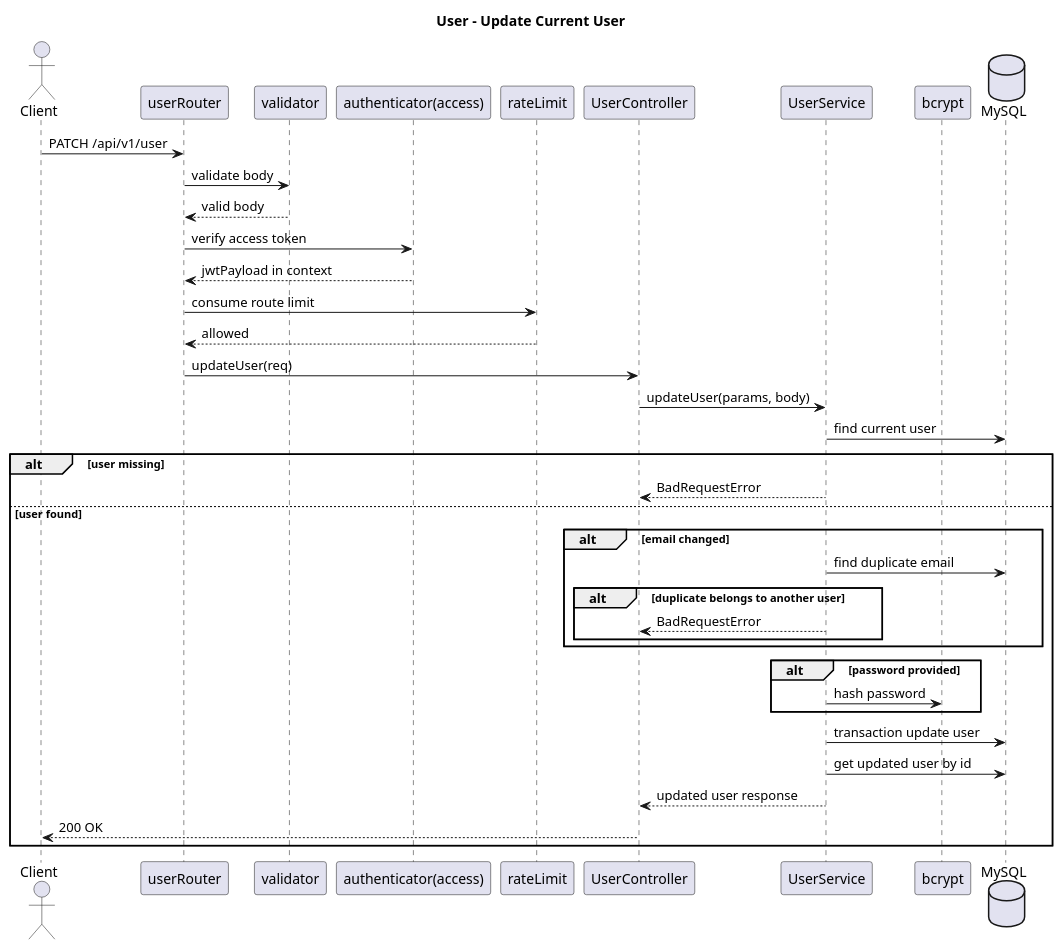
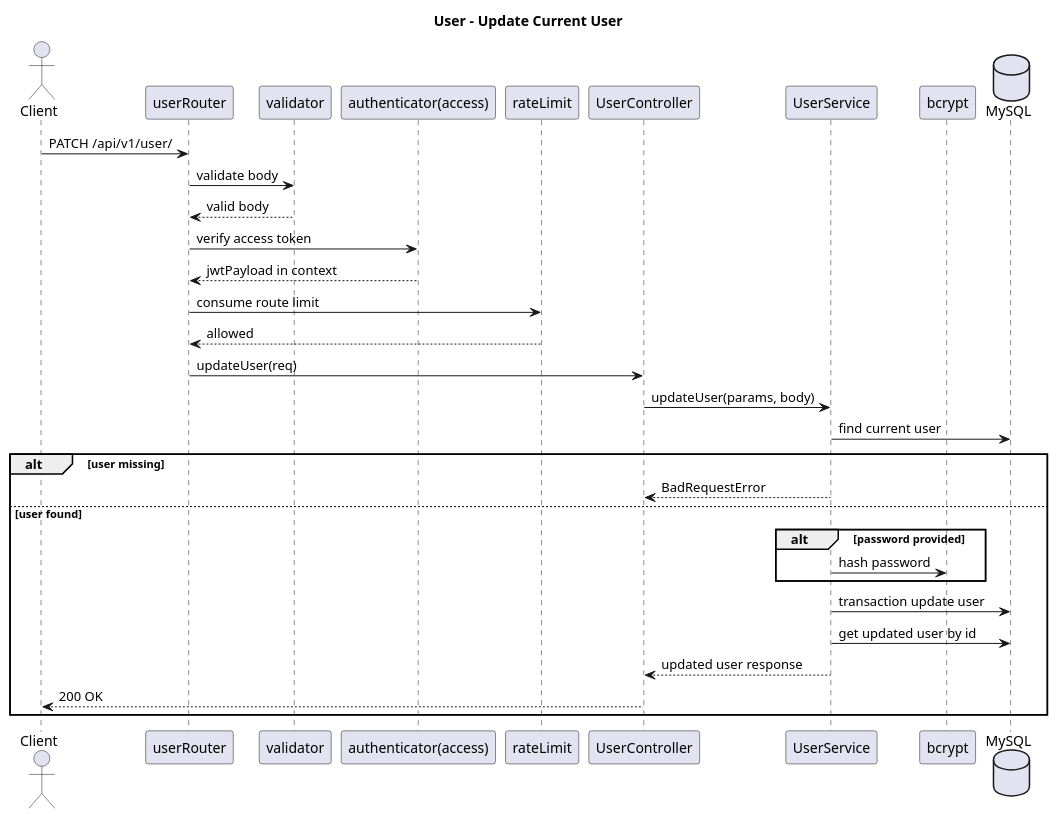
Before and after one commit to sy-nt/CNPMM_BE: the eighth of 9 diagrams in docs/202605061020-auth-user-use-cases.md, drawn with PlantUML. The commit also changed other lines of this file and 9 other files, not shown here.

````diff
--- a/docs/202605061020-auth-user-use-cases.md
+++ b/docs/202605061020-auth-user-use-cases.md
@@ -343,44 +358,38 @@
 ```plantuml
 @startuml
 title User - Update Current User
 
 actor Client
 participant "userRouter" as Router
 participant "validator" as Validator
 participant "authenticator(access)" as Authenticator
 participant "rateLimit" as RateLimit
 participant "UserController" as Controller
 participant "UserService" as Service
 participant "bcrypt" as Bcrypt
 database "MySQL" as DB
 
-Client -> Router: PATCH /api/v1/user
+Client -> Router: PATCH /api/v1/user/
 Router -> Validator: validate body
 Validator --> Router: valid body
 Router -> Authenticator: verify access token
 Authenticator --> Router: jwtPayload in context
 Router -> RateLimit: consume route limit
 RateLimit --> Router: allowed
 Router -> Controller: updateUser(req)
 Controller -> Service: updateUser(params, body)
 Service -> DB: find current user
 alt user missing
     Service --> Controller: BadRequestError
 else user found
-    alt email changed
-        Service -> DB: find duplicate email
-        alt duplicate belongs to another user
-            Service --> Controller: BadRequestError
-        end
-    end
     alt password provided
         Service -> Bcrypt: hash password
     end
     Service -> DB: transaction update user
     Service -> DB: get updated user by id
     Service --> Controller: updated user response
     Controller --> Client: 200 OK
 end
 
 @enduml
 ```
````
